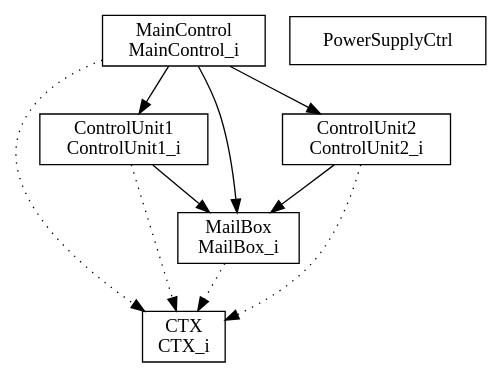
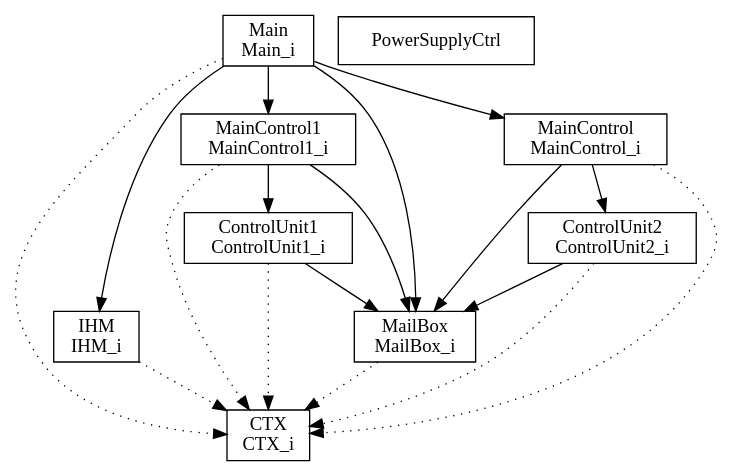
One commit to Yves-Teissier/Yves-Teissier changed the diagram in workspace_atelierb/RedundantCalculator/bdp/RedundantCalculator.dot. Above: the diagram before and after it, drawn with Graphviz. The commit also changed 165 other files, not shown here.

```diff
--- a/workspace_atelierb/RedundantCalculator/bdp/RedundantCalculator.dot
+++ b/workspace_atelierb/RedundantCalculator/bdp/RedundantCalculator.dot
@@ -1,18 +1,29 @@
 digraph {
 CTX_i [ label=" CTX\nCTX_i " shape= box ]
 ControlUnit1_i [ label=" ControlUnit1\nControlUnit1_i " shape= box ]
 ControlUnit2_i [ label=" ControlUnit2\nControlUnit2_i " shape= box ]
+IHM_i [ label=" IHM\nIHM_i " shape= box ]
 MailBox_i [ label=" MailBox\nMailBox_i " shape= box ]
+MainControl1_i [ label=" MainControl1\nMainControl1_i " shape= box ]
 MainControl_i [ label=" MainControl\nMainControl_i " shape= box ]
+Main_i [ label=" Main\nMain_i " shape= box ]
 PowerSupplyCtrl [ label=" PowerSupplyCtrl " shape= box ]
 
 "ControlUnit1_i" -> "CTX_i" [style= dotted ]
 "ControlUnit1_i" -> "MailBox_i" []
 "ControlUnit2_i" -> "CTX_i" [style= dotted ]
 "ControlUnit2_i" -> "MailBox_i" []
+"IHM_i" -> "CTX_i" [style= dotted ]
 "MailBox_i" -> "CTX_i" [style= dotted ]
 "MainControl_i" -> "CTX_i" [style= dotted ]
-"MainControl_i" -> "ControlUnit1_i" []
+"MainControl1_i" -> "CTX_i" [style= dotted ]
+"MainControl1_i" -> "ControlUnit1_i" []
+"MainControl1_i" -> "MailBox_i" []
 "MainControl_i" -> "ControlUnit2_i" []
 "MainControl_i" -> "MailBox_i" []
+"Main_i" -> "CTX_i" [style= dotted ]
+"Main_i" -> "MainControl_i" []
+"Main_i" -> "MainControl1_i" []
+"Main_i" -> "MailBox_i" []
+"Main_i" -> "IHM_i" []
 }
```
